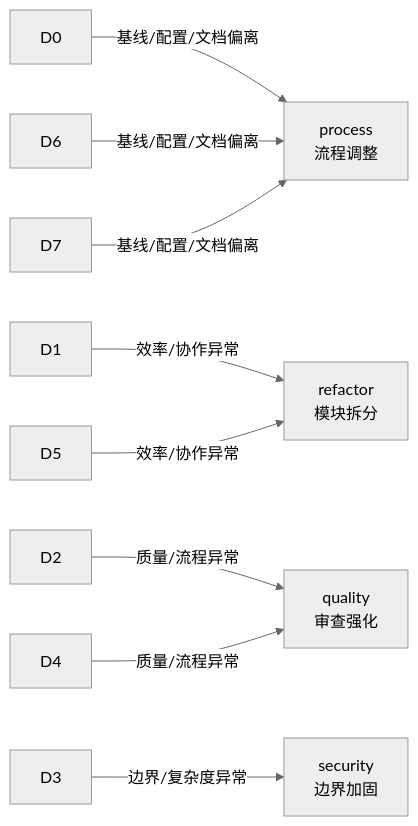
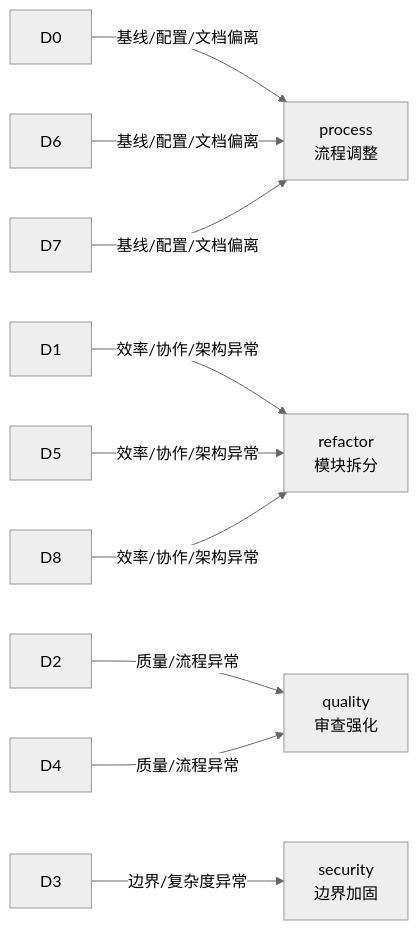
The sixth of 11 diagrams in rules/self-improve.md (effiy/YrY), drawn with Mermaid (neutral theme) before and after one commit. The commit also changed other lines of this file and 10 other files, not shown here.

First line of the commit message:
feat(architecture): add compliance tooling and diagnostics

````diff
--- a/rules/self-improve.md
+++ b/rules/self-improve.md
@@ -148,9 +150,9 @@
 ```mermaid
 flowchart LR
     D0 & D6 & D7 -->|"基线/配置/文档偏离"| PRC["process<br/>流程调整"]:::prop
-    D1 & D5 -->|"效率/协作异常"| REF["refactor<br/>模块拆分"]:::prop
+    D1 & D5 & D8 -->|"效率/协作/架构异常"| REF["refactor<br/>模块拆分"]:::prop
     D2 & D4 -->|"质量/流程异常"| QLT["quality<br/>审查强化"]:::prop
     D3 -->|"边界/复杂度异常"| SEC["security<br/>边界加固"]:::prop
 
 
 ```
````
